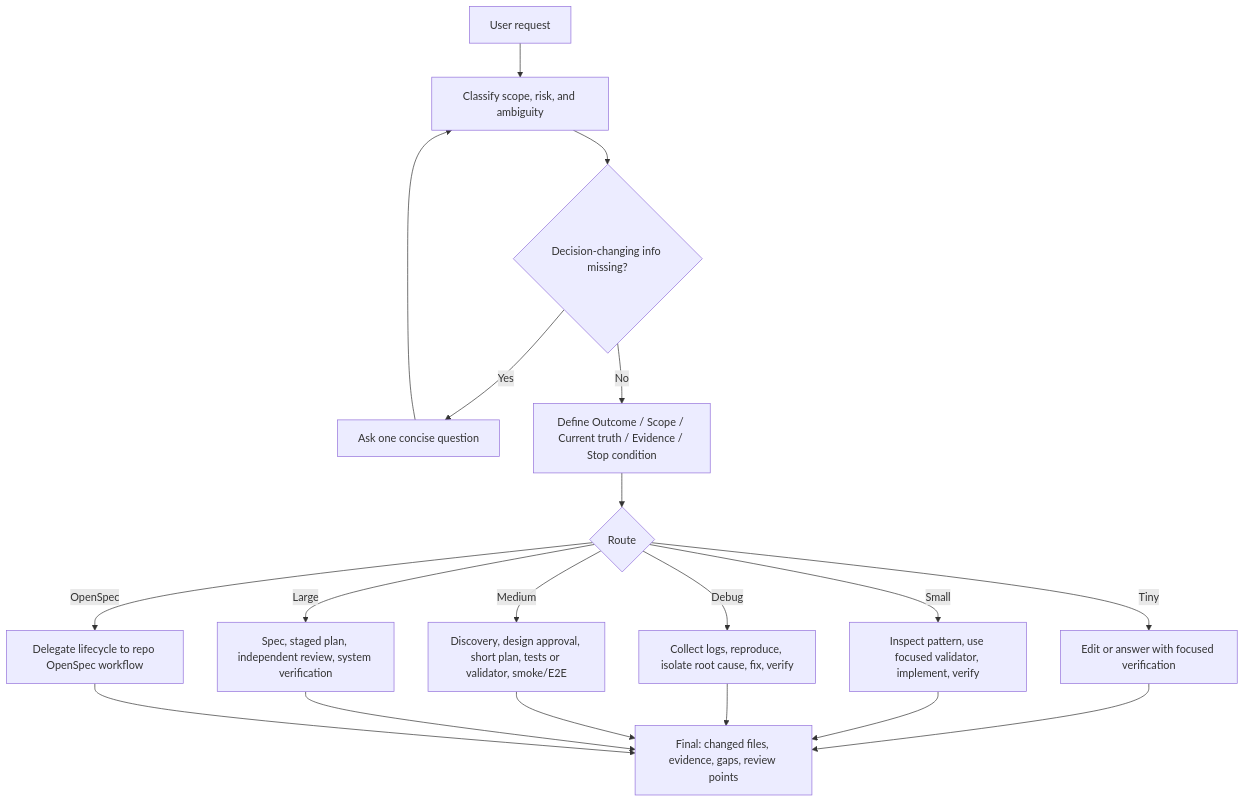
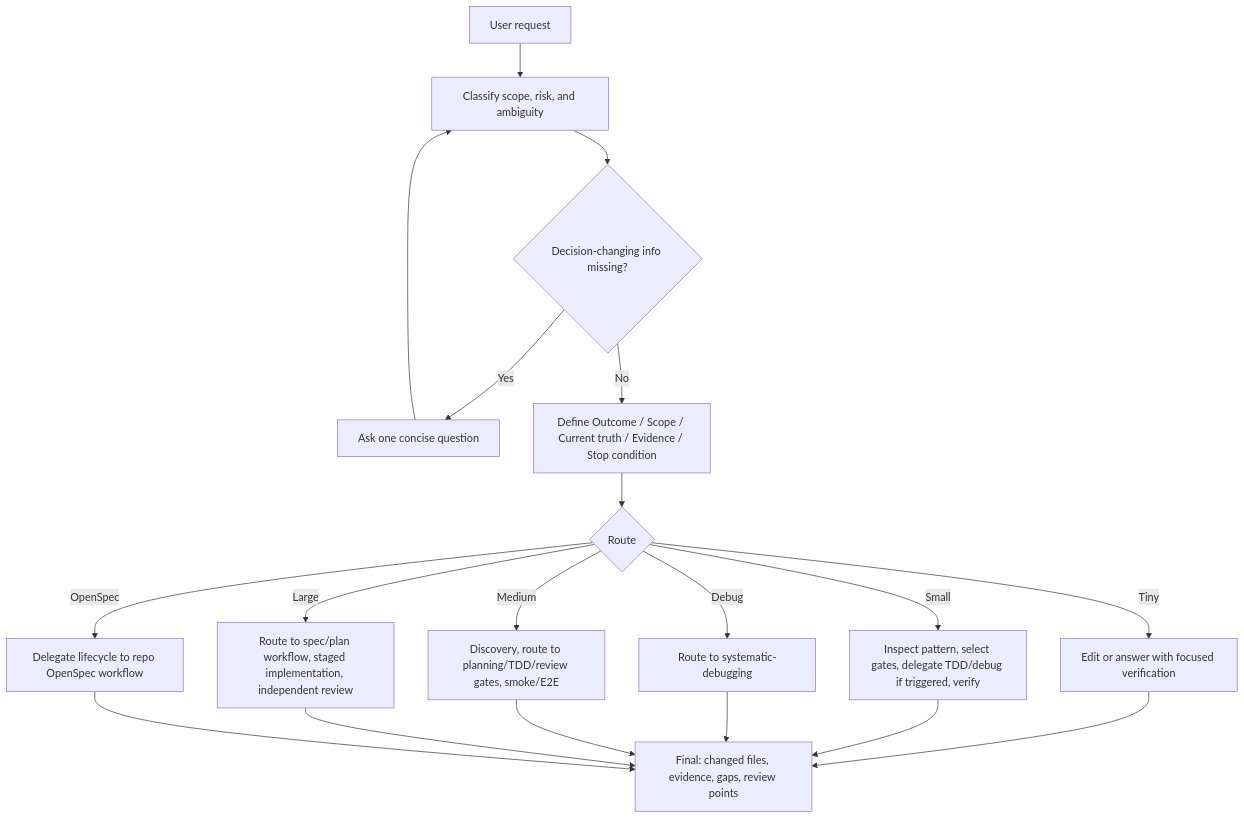
The diagram in README.md (BlueWhalexh/Adaptive-dev-skill), drawn with Mermaid before and after one commit. The commit also changed other lines of this file and 1 other file, not shown here.

Commit message:
Clarify adaptive workflow gate inheritance

````diff
--- a/README.md
+++ b/README.md
@@ -100,21 +123,21 @@
 ```mermaid
 flowchart TD
     A["User request"] --> B["Classify scope, risk, and ambiguity"]
     B --> C{"Decision-changing info missing?"}
     C -- "Yes" --> D["Ask one concise question"]
     D --> B
     C -- "No" --> E["Define Outcome / Scope / Current truth / Evidence / Stop condition"]
     E --> F{"Route"}
     F -- "Tiny" --> T["Edit or answer with focused verification"]
-    F -- "Small" --> S["Inspect pattern, use focused validator, implement, verify"]
-    F -- "Debug" --> G["Collect logs, reproduce, isolate root cause, fix, verify"]
-    F -- "Medium" --> M["Discovery, design approval, short plan, tests or validator, smoke/E2E"]
-    F -- "Large" --> L["Spec, staged plan, independent review, system verification"]
+    F -- "Small" --> S["Inspect pattern, select gates, delegate TDD/debug if triggered, verify"]
+    F -- "Debug" --> G["Route to systematic-debugging"]
+    F -- "Medium" --> M["Discovery, route to planning/TDD/review gates, smoke/E2E"]
+    F -- "Large" --> L["Route to spec/plan workflow, staged implementation, independent review"]
     F -- "OpenSpec" --> O["Delegate lifecycle to repo OpenSpec workflow"]
     T --> Z["Final: changed files, evidence, gaps, review points"]
     S --> Z
     G --> Z
     M --> Z
     L --> Z
     O --> Z
 ```
````
